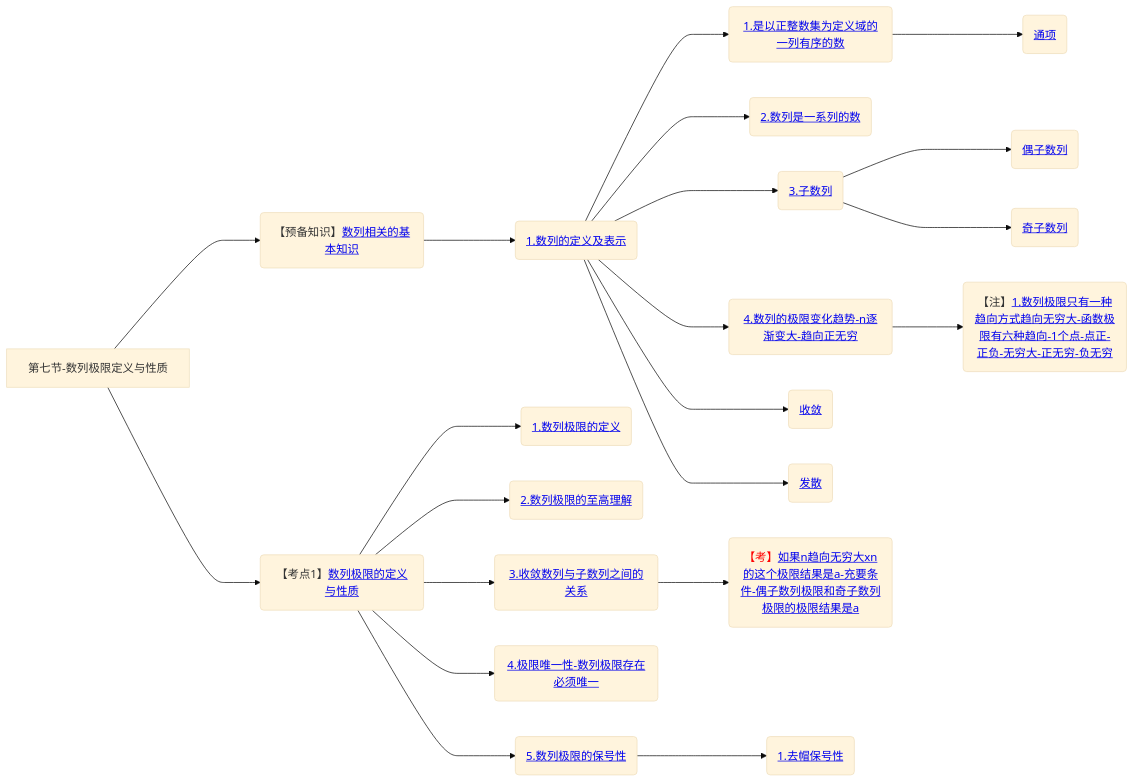
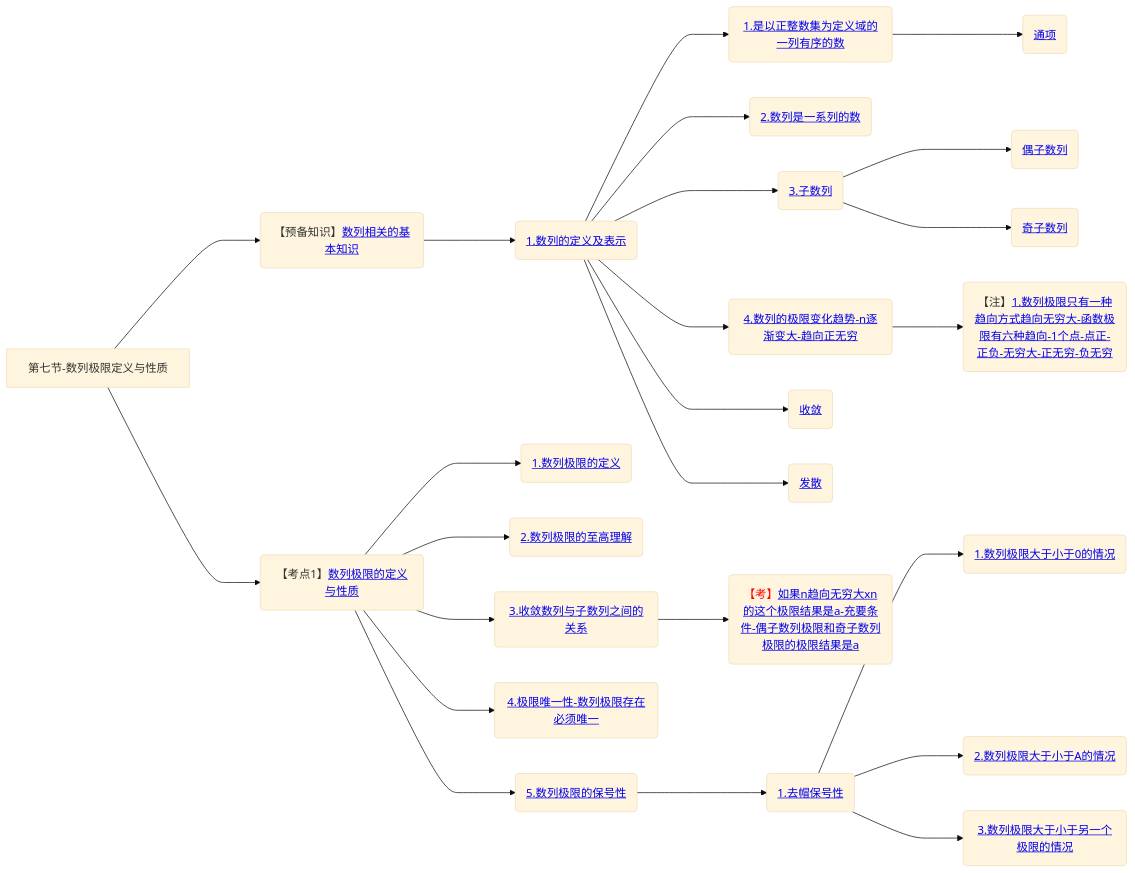
Before and after one commit to yuebinghui/note: the seventh of 7 diagrams in 笔记/数学/周洋鑫/01.基础班思维导图.md, drawn with Mermaid (base theme). The commit also changed 8 other files, not shown here.

````diff
--- a/笔记/数学/周洋鑫/01.基础班思维导图.md
+++ b/笔记/数学/周洋鑫/01.基础班思维导图.md
@@ -255,30 +255,33 @@
 ```mermaid
 graph LR
 第七节-数列极限定义与性质
 
 第七节-数列极限定义与性质--->数列相关的基本知识(【预备知识】<a href="/Users/yuebinghui/Documents/program/github/note/笔记/数学/周洋鑫/基础班/07.数列极限定义与性质.md#数列相关的基本知识">数列相关的基本知识</>)
 数列相关的基本知识--->1.数列的定义及表示(<a href="/Users/yuebinghui/Documents/program/github/note/笔记/数学/周洋鑫/基础班/07.数列极限定义与性质.md#1.数列的定义及表示">1.数列的定义及表示</>)
 1.数列的定义及表示--->1.是以正整数集为定义域的一列有序的数(<a href="/Users/yuebinghui/Documents/program/github/note/笔记/数学/周洋鑫/基础班/07.数列极限定义与性质.md#1.是以正整数集为定义域的一列有序的数">1.是以正整数集为定义域的一列有序的数</>)
 1.是以正整数集为定义域的一列有序的数--->通项(<a href="/Users/yuebinghui/Documents/program/github/note/笔记/数学/周洋鑫/基础班/07.数列极限定义与性质.md#通项">通项</>)
 
 1.数列的定义及表示--->2.数列是一系列的数(<a href="/Users/yuebinghui/Documents/program/github/note/笔记/数学/周洋鑫/基础班/07.数列极限定义与性质.md#2.数列是一系列的数">2.数列是一系列的数</>)
 
 1.数列的定义及表示--->3.子数列(<a href="/Users/yuebinghui/Documents/program/github/note/笔记/数学/周洋鑫/基础班/07.数列极限定义与性质.md#3.子数列">3.子数列</>)
 3.子数列--->偶子数列(<a href="/Users/yuebinghui/Documents/program/github/note/笔记/数学/周洋鑫/基础班/07.数列极限定义与性质.md#偶子数列">偶子数列</>)
 3.子数列--->奇子数列(<a href="/Users/yuebinghui/Documents/program/github/note/笔记/数学/周洋鑫/基础班/07.数列极限定义与性质.md#奇子数列">奇子数列</>)
 
 1.数列的定义及表示--->4.数列的极限变化趋势-n逐渐变大-趋向正无穷(<a href="/Users/yuebinghui/Documents/program/github/note/笔记/数学/周洋鑫/基础班/07.数列极限定义与性质.md#4.数列的极限变化趋势-n逐渐变大-趋向正无穷">4.数列的极限变化趋势-n逐渐变大-趋向正无穷</>)
 4.数列的极限变化趋势-n逐渐变大-趋向正无穷--->1.数列极限只有一种趋向方式趋向无穷大-函数极限有六种趋向-1个点-点正-正负-无穷大-正无穷-负无穷(【注】<a href="/Users/yuebinghui/Documents/program/github/note/笔记/数学/周洋鑫/基础班/07.数列极限定义与性质.md#1.数列极限只有一种趋向方式趋向无穷大-函数极限有六种趋向-1个点-点正-正负-无穷大-正无穷-负无穷">1.数列极限只有一种趋向方式趋向无穷大-函数极限有六种趋向-1个点-点正-正负-无穷大-正无穷-负无穷</>)
 1.数列的定义及表示--->收敛(<a href="/Users/yuebinghui/Documents/program/github/note/笔记/数学/周洋鑫/基础班/07.数列极限定义与性质.md#收敛">收敛</>)
 1.数列的定义及表示--->发散(<a href="/Users/yuebinghui/Documents/program/github/note/笔记/数学/周洋鑫/基础班/07.数列极限定义与性质.md#发散">发散</>)
 
 
 第七节-数列极限定义与性质--->数列极限的定义与性质(【考点1】<a href="/Users/yuebinghui/Documents/program/github/note/笔记/数学/周洋鑫/基础班/07.数列极限定义与性质.md#数列极限的定义与性质">数列极限的定义与性质</>)
 数列极限的定义与性质--->1.数列极限的定义(<a href="/Users/yuebinghui/Documents/program/github/note/笔记/数学/周洋鑫/基础班/07.数列极限定义与性质.md#1.数列极限的定义">1.数列极限的定义</>)
 数列极限的定义与性质--->2.数列极限的至高理解(<a href="/Users/yuebinghui/Documents/program/github/note/笔记/数学/周洋鑫/基础班/07.数列极限定义与性质.md#2.数列极限的至高理解">2.数列极限的至高理解</>)
 数列极限的定义与性质--->3.收敛数列与子数列之间的关系(<a href="/Users/yuebinghui/Documents/program/github/note/笔记/数学/周洋鑫/基础班/07.数列极限定义与性质.md#3.收敛数列与子数列之间的关系">3.收敛数列与子数列之间的关系</>)
 3.收敛数列与子数列之间的关系--->如果n趋向无穷大xn的这个极限结果是a-充要条件-偶子数列极限和奇子数列极限的极限结果是a(<span style="color:red">【考】</span><a href="/Users/yuebinghui/Documents/program/github/note/笔记/数学/周洋鑫/基础班/07.数列极限定义与性质.md#如果n趋向无穷大xn的这个极限结果是a-充要条件-偶子数列极限和奇子数列极限的极限结果是a">如果n趋向无穷大xn的这个极限结果是a-充要条件-偶子数列极限和奇子数列极限的极限结果是a</>)
 数列极限的定义与性质--->4.极限唯一性-数列极限存在必须唯一(<a href="/Users/yuebinghui/Documents/program/github/note/笔记/数学/周洋鑫/基础班/07.数列极限定义与性质.md#4.极限唯一性-数列极限存在必须唯一">4.极限唯一性-数列极限存在必须唯一</>)
 数列极限的定义与性质--->5.数列极限的保号性(<a href="/Users/yuebinghui/Documents/program/github/note/笔记/数学/周洋鑫/基础班/07.数列极限定义与性质.md#5.数列极限的保号性">5.数列极限的保号性</>)
 5.数列极限的保号性--->1.去帽保号性(<a href="/Users/yuebinghui/Documents/program/github/note/笔记/数学/周洋鑫/基础班/07.数列极限定义与性质.md#1.去帽保号性">1.去帽保号性</>)
+1.去帽保号性--->1.数列极限大于小于0的情况(<a href="/Users/yuebinghui/Documents/program/github/note/笔记/数学/周洋鑫/基础班/07.数列极限定义与性质.md#1.数列极限大于小于0的情况">1.数列极限大于小于0的情况</>)
+1.去帽保号性--->2.数列极限大于小于A的情况(<a href="/Users/yuebinghui/Documents/program/github/note/笔记/数学/周洋鑫/基础班/07.数列极限定义与性质.md#2.数列极限大于小于A的情况">2.数列极限大于小于A的情况</>)
+1.去帽保号性--->3.数列极限大于小于另一个极限的情况(<a href="/Users/yuebinghui/Documents/program/github/note/笔记/数学/周洋鑫/基础班/07.数列极限定义与性质.md#3.数列极限大于小于另一个极限的情况">3.数列极限大于小于另一个极限的情况</>)
 ```
````
